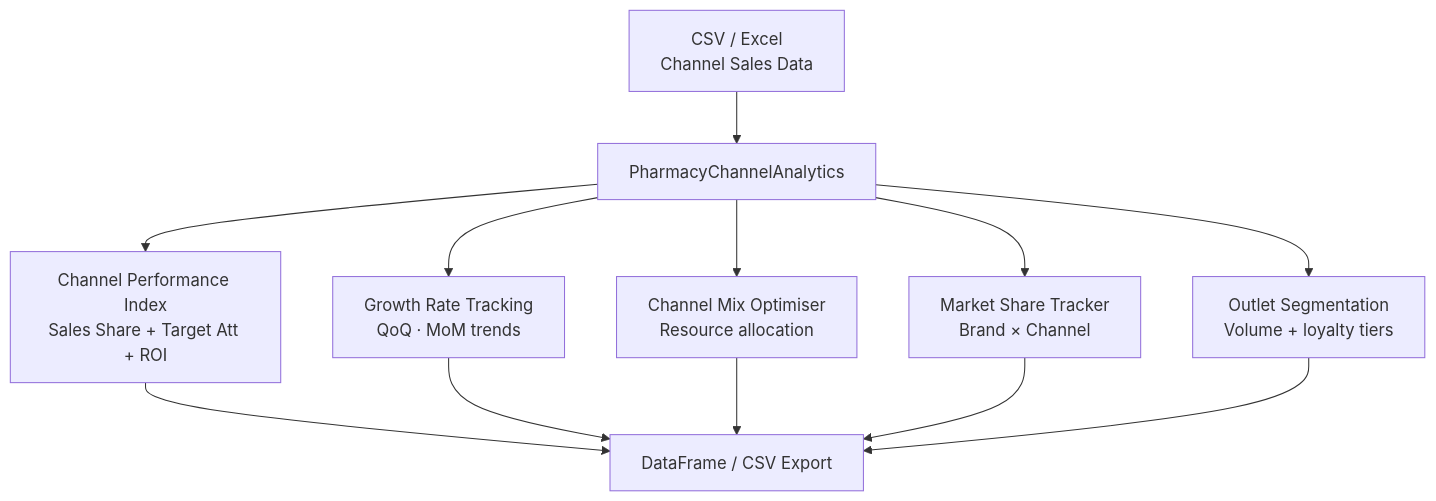
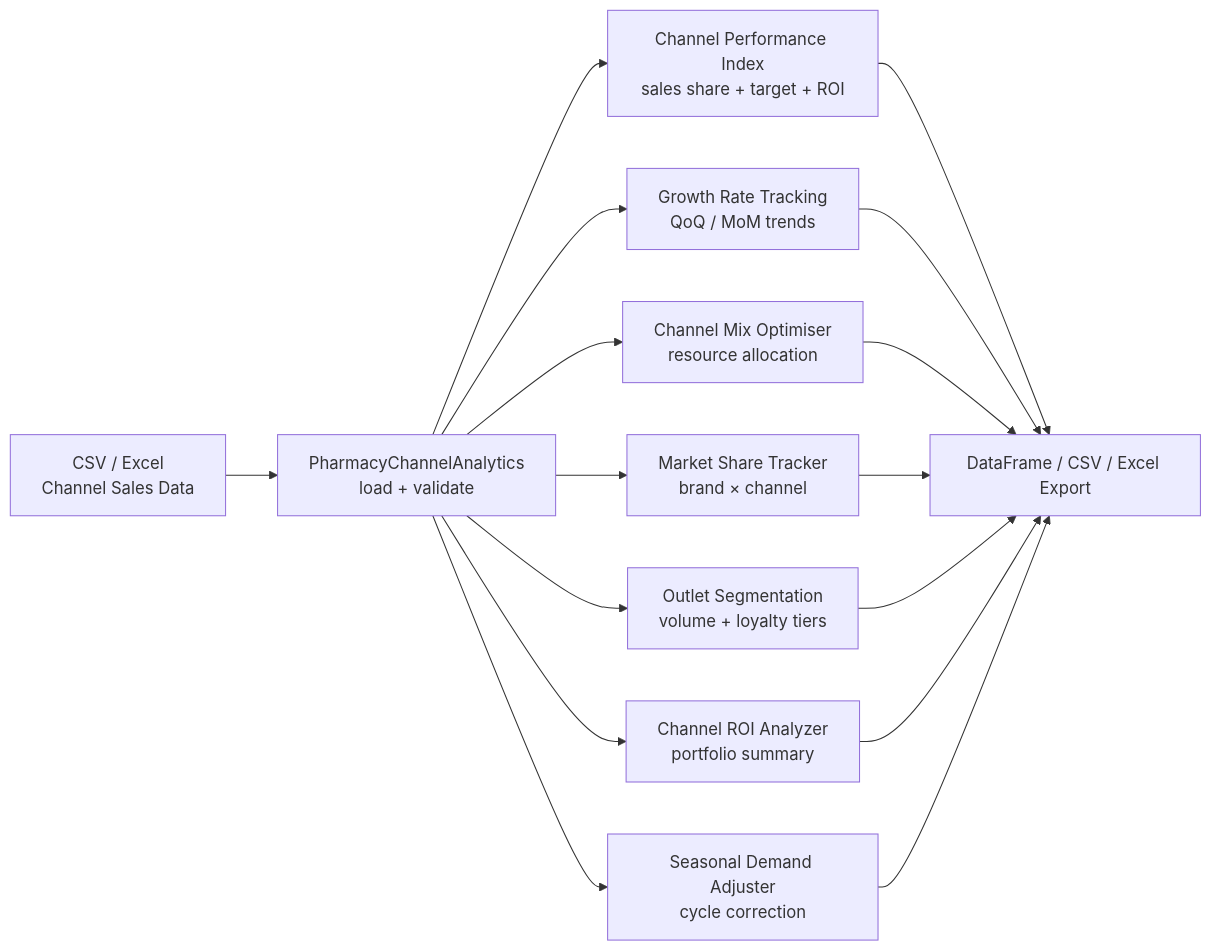
Before and after one commit to achmadnaufal/pharmacy-channel-analytics: the diagram in README.md, drawn with Mermaid. The commit also changed other lines of this file and 2 other files, not shown here.

Commit message:
docs: add demo output, CLI usage, and architecture diagram

````diff
--- a/README.md
+++ b/README.md
@@ -112,10 +118,12 @@
 ```mermaid
-graph TD
-    A[CSV / Excel\nChannel Sales Data] --> B[PharmacyChannelAnalytics]
-    B --> C[Channel Performance Index\nSales Share + Target Att + ROI]
-    B --> D[Growth Rate Tracking\nQoQ · MoM trends]
-    B --> E[Channel Mix Optimiser\nResource allocation]
-    B --> F[Market Share Tracker\nBrand × Channel]
-    B --> G[Outlet Segmentation\nVolume + loyalty tiers]
-    C & D & E & F & G --> H[DataFrame / CSV Export]
+flowchart LR
+    A[CSV / Excel<br/>Channel Sales Data] --> B[PharmacyChannelAnalytics<br/>load + validate]
+    B --> C[Channel Performance Index<br/>sales share + target + ROI]
+    B --> D[Growth Rate Tracking<br/>QoQ / MoM trends]
+    B --> E[Channel Mix Optimiser<br/>resource allocation]
+    B --> F[Market Share Tracker<br/>brand × channel]
+    B --> G[Outlet Segmentation<br/>volume + loyalty tiers]
+    B --> H[Channel ROI Analyzer<br/>portfolio summary]
+    B --> I[Seasonal Demand Adjuster<br/>cycle correction]
+    C & D & E & F & G & H & I --> J[DataFrame / CSV / Excel Export]
 ```
````
